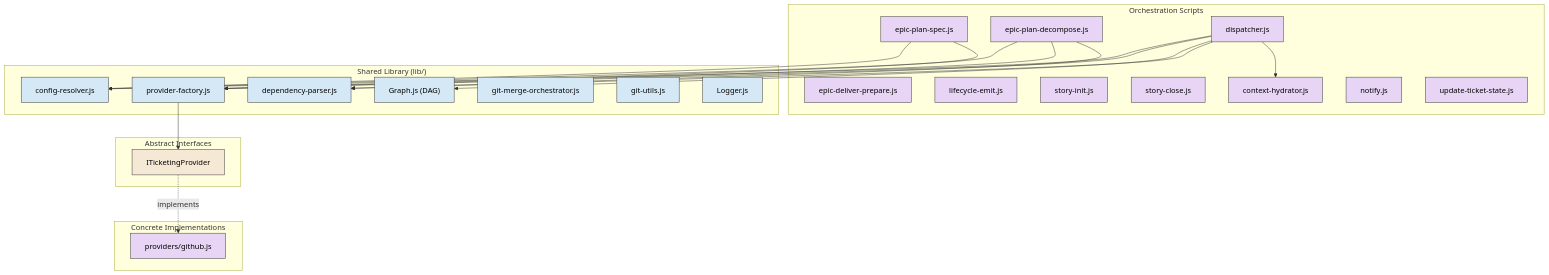
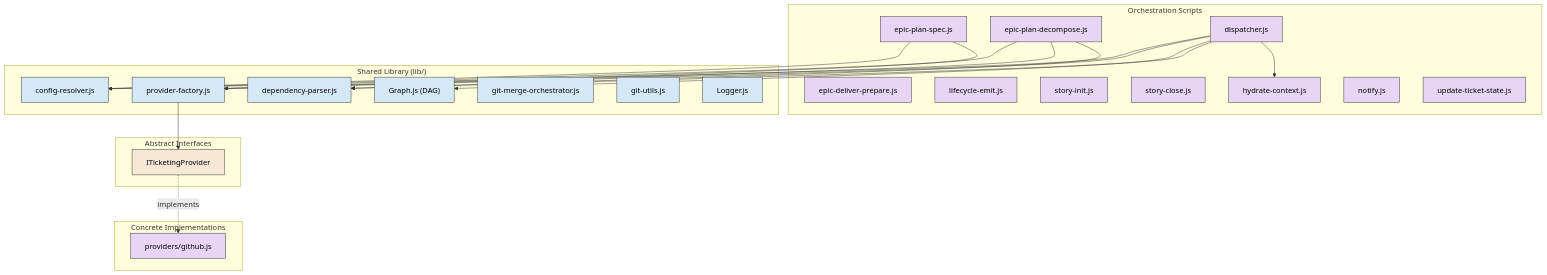
Before and after one commit to dsj1984/mandrel: the third of 7 diagrams in docs/architecture.md, drawn with Mermaid. The commit also changed other lines of this file and 122 other files, not shown here.

````diff
--- a/docs/architecture.md
+++ b/docs/architecture.md
@@ -180,44 +180,44 @@
 ```mermaid
 graph TB
     classDef script fill:#e8d5f5,stroke:#333,color:#000
     classDef lib fill:#d5e8f5,stroke:#333,color:#000
     classDef iface fill:#f5e8d5,stroke:#333,color:#000
 
     subgraph Scripts ["Orchestration Scripts"]
         EP["epic-plan-spec.js"]:::script
         TD["epic-plan-decompose.js"]:::script
         DI["dispatcher.js"]:::script
         EDP["epic-deliver-prepare.js"]:::script
         LE["lifecycle-emit.js"]:::script
         SI["story-init.js"]:::script
         SC["story-close.js"]:::script
-        CH["context-hydrator.js"]:::script
+        CH["hydrate-context.js"]:::script
         NO["notify.js"]:::script
         UTS["update-ticket-state.js"]:::script
     end
 
     subgraph Lib ["Shared Library (lib/)"]
         CR["config-resolver.js"]:::lib
         PF["provider-factory.js"]:::lib
         GH["Graph.js (DAG)"]:::lib
         DP["dependency-parser.js"]:::lib
         GMO["git-merge-orchestrator.js"]:::lib
         GU["git-utils.js"]:::lib
         LG["Logger.js"]:::lib
     end
 
     subgraph Interfaces ["Abstract Interfaces"]
         ITP["ITicketingProvider"]:::iface
     end
 
     subgraph Implementations ["Concrete Implementations"]
         GHP["providers/github.js"]:::script
     end
 
     DI --> CR & PF & GH & DP & CH
     EP --> CR & PF
     TD --> CR & PF & DP
 
     PF --> ITP
     ITP -.->|"implements"| GHP
 ```
````
